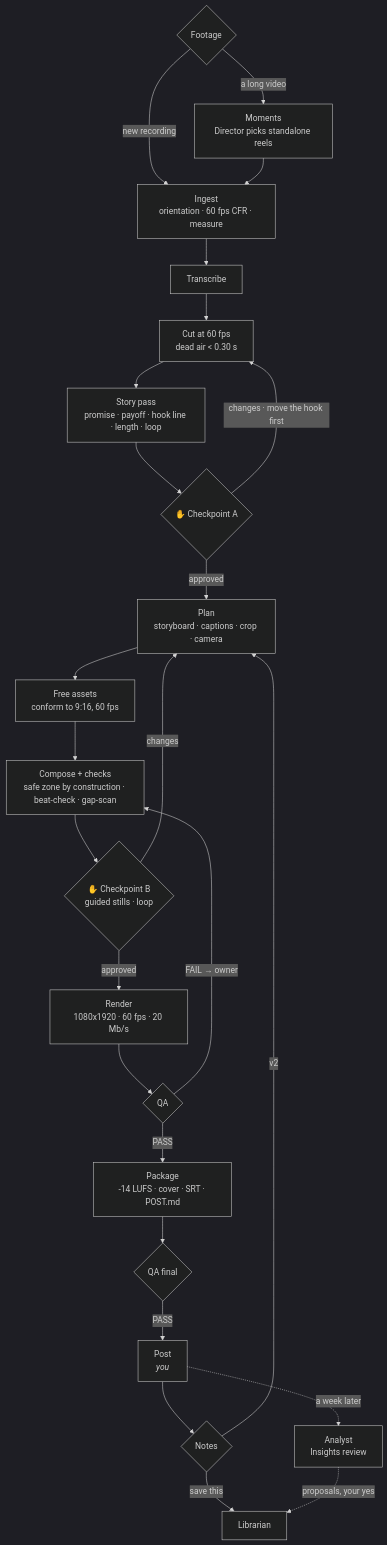
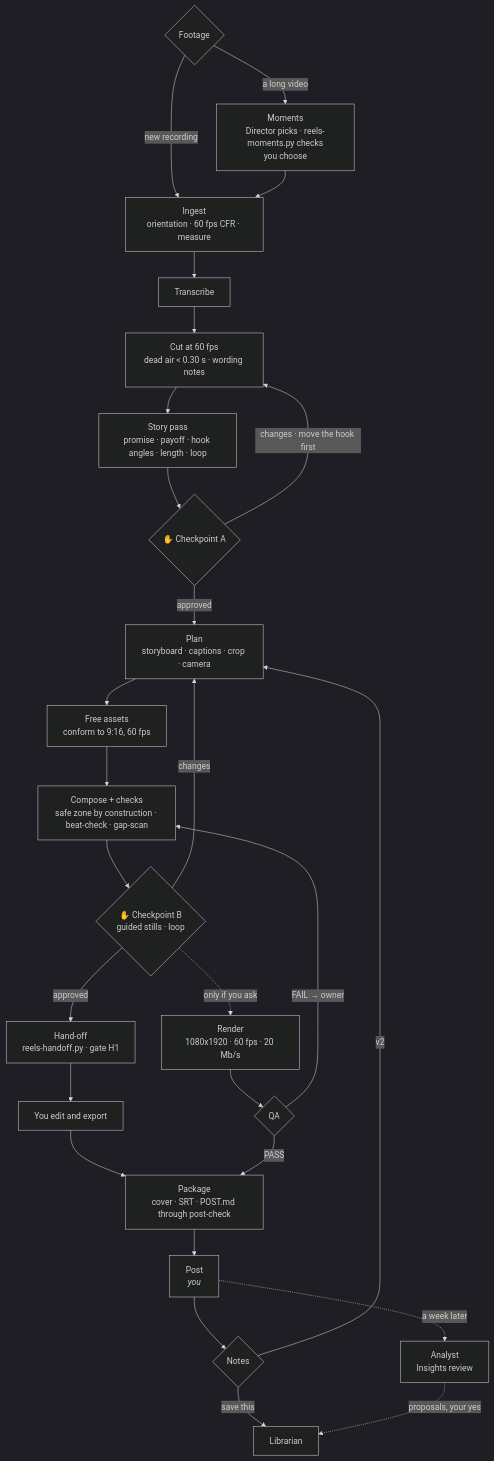
Before and after one commit to harshilsaini26/Video-Workflow: the third of 3 diagrams in Editing-Workflow/reels/README.md, drawn with Mermaid (dark theme). The commit also changed other lines of this file and 3 other files, not shown here.

First line of the commit message:
Profile READMEs: the hand-off as the end, where you decide, what each team does now

````diff
--- a/Editing-Workflow/reels/README.md
+++ b/Editing-Workflow/reels/README.md
@@ -147,27 +171,29 @@
 ```mermaid
 flowchart TD
     SRC{"Footage"} -- "new recording" --> ING["Ingest<br/>orientation · 60 fps CFR · measure"]
-    SRC -- "a long video" --> MOM["Moments<br/>Director picks standalone reels"]
+    SRC -- "a long video" --> MOM["Moments<br/>Director picks · reels-moments.py checks<br/>you choose"]
     MOM --> ING
     ING --> TR["Transcribe"]
-    TR --> CUT["Cut at 60 fps<br/>dead air < 0.30 s"]
-    CUT --> STO["Story pass<br/>promise · payoff · hook line · length · loop"]
+    TR --> CUT["Cut at 60 fps<br/>dead air < 0.30 s · wording notes"]
+    CUT --> STO["Story pass<br/>promise · payoff · hook angles · length · loop"]
     STO --> CPA{"✋ Checkpoint A"}
     CPA -- "changes · move the hook first" --> CUT
     CPA -- "approved" --> PLN["Plan<br/>storyboard · captions · crop · camera"]
     PLN --> AST["Free assets<br/>conform to 9:16, 60 fps"]
     AST --> CMP["Compose + checks<br/>safe zone by construction · beat-check · gap-scan"]
     CMP --> CPB{"✋ Checkpoint B<br/>guided stills · loop"}
     CPB -- "changes" --> PLN
-    CPB -- "approved" --> RND["Render<br/>1080x1920 · 60 fps · 20 Mb/s"]
+    CPB -- "approved" --> HO["Hand-off<br/>reels-handoff.py · gate H1"]
+    HO --> ED["You edit and export"]
+    ED --> PKG["Package<br/>cover · SRT · POST.md through post-check"]
+    CPB -. "only if you ask" .-> RND["Render<br/>1080x1920 · 60 fps · 20 Mb/s"]
     RND --> QA1{"QA"}
     QA1 -- "FAIL → owner" --> CMP
-    QA1 -- "PASS" --> PKG["Package<br/>-14 LUFS · cover · SRT · POST.md"]
-    PKG --> QA2{"QA final"}
-    QA2 -- "PASS" --> POST["Post<br/><i>you</i>"]
+    QA1 -- "PASS" --> PKG
+    PKG --> POST["Post<br/><i>you</i>"]
     POST --> NOTES{"Notes"}
     NOTES -- "v2" --> PLN
     NOTES -- "save this" --> LIB["Librarian"]
     POST -. "a week later" .-> INS["Analyst<br/>Insights review"]
     INS -. "proposals, your yes" .-> LIB
 ```
````
